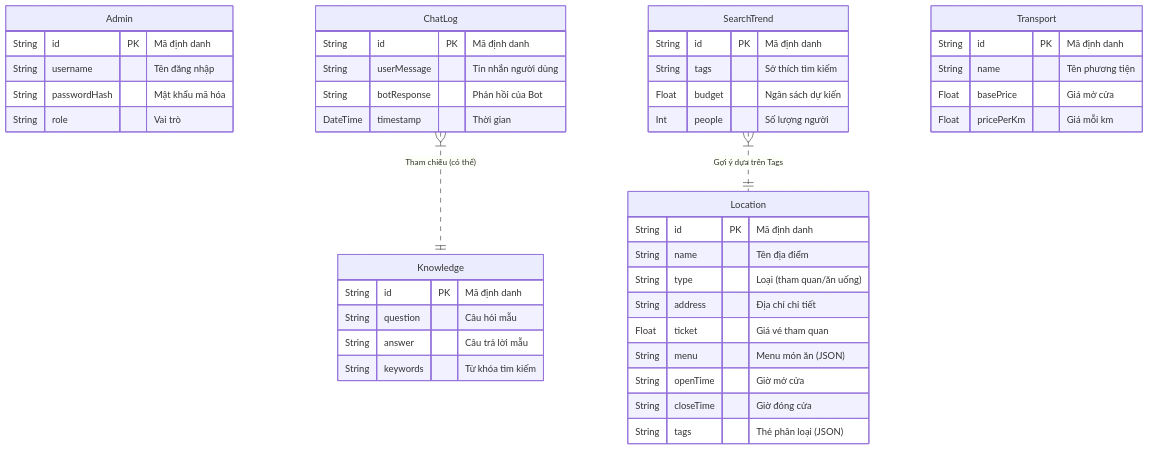
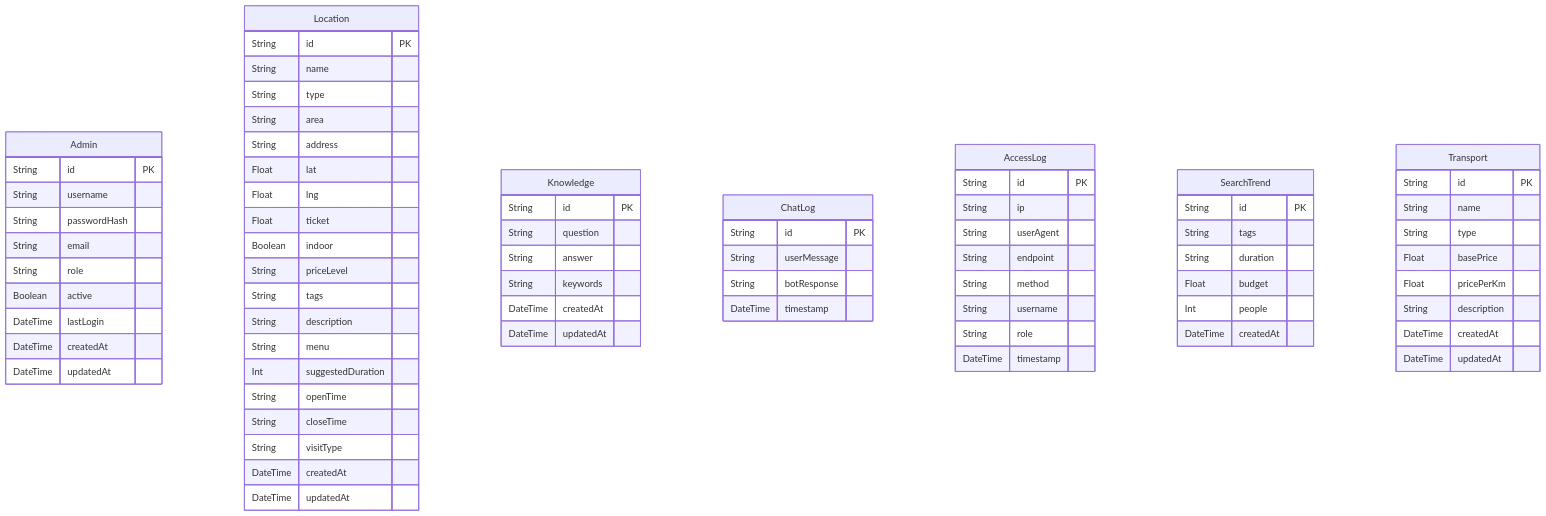
Before and after one commit to Doggie-H/Dana-Travel: the third of 5 diagrams in docs/ARCHITECTURE.md, drawn with Mermaid. The commit also changed other lines of this file, not shown here.

````diff
--- a/docs/ARCHITECTURE.md
+++ b/docs/ARCHITECTURE.md
@@ -139,53 +48,83 @@
 ```mermaid
 erDiagram
-    Location {
-        String id PK "Mã định danh"
-        String name "Tên địa điểm"
-        String type "Loại (tham quan/ăn uống)"
-        String address "Địa chỉ chi tiết"
-        Float ticket "Giá vé tham quan"
-        String menu "Menu món ăn (JSON)"
-        String openTime "Giờ mở cửa"
-        String closeTime "Giờ đóng cửa"
-        String tags "Thẻ phân loại (JSON)"
+    Admin {
+        String id PK
+        String username
+        String passwordHash
+        String email
+        String role
+        Boolean active
+        DateTime lastLogin
+        DateTime createdAt
+        DateTime updatedAt
     }
 
-    Admin {
-        String id PK "Mã định danh"
-        String username "Tên đăng nhập"
-        String passwordHash "Mật khẩu mã hóa"
-        String role "Vai trò"
+    Location {
+        String id PK
+        String name
+        String type
+        String area
+        String address
+        Float lat
+        Float lng
+        Float ticket
+        Boolean indoor
+        String priceLevel
+        String tags
+        String description
+        String menu
+        Int suggestedDuration
+        String openTime
+        String closeTime
+        String visitType
+        DateTime createdAt
+        DateTime updatedAt
     }
 
     Knowledge {
-        String id PK "Mã định danh"
-        String question "Câu hỏi mẫu"
-        String answer "Câu trả lời mẫu"
-        String keywords "Từ khóa tìm kiếm"
+        String id PK
+        String question
+        String answer
+        String keywords
+        DateTime createdAt
+        DateTime updatedAt
     }
 
     ChatLog {
-        String id PK "Mã định danh"
-        String userMessage "Tin nhắn người dùng"
-        String botResponse "Phản hồi của Bot"
-        DateTime timestamp "Thời gian"
+        String id PK
+        String userMessage
+        String botResponse
+        DateTime timestamp
+    }
+
+    AccessLog {
+        String id PK
+        String ip
+        String userAgent
+        String endpoint
+        String method
+        String username
+        String role
+        DateTime timestamp
     }
 
     SearchTrend {
-        String id PK "Mã định danh"
-        String tags "Sở thích tìm kiếm"
-        Float budget "Ngân sách dự kiến"
-        Int people "Số lượng người"
+        String id PK
+        String tags
+        String duration
+        Float budget
+        Int people
+        DateTime createdAt
     }
 
     Transport {
-        String id PK "Mã định danh"
-        String name "Tên phương tiện"
-        Float basePrice "Giá mở cửa"
-        Float pricePerKm "Giá mỗi km"
+        String id PK
+        String name
+        String type
+        Float basePrice
+        Float pricePerKm
+        String description
+        DateTime createdAt
+        DateTime updatedAt
     }
-
-    %% Mối quan hệ logic (Logical Relationships)
-    ChatLog }|..|| Knowledge : "Tham chiếu (có thể)"
-    SearchTrend }|..|| Location : "Gợi ý dựa trên Tags"
 ```
````
